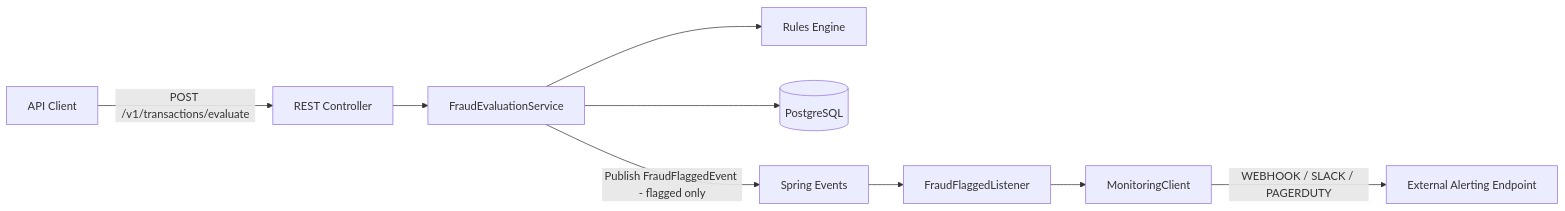
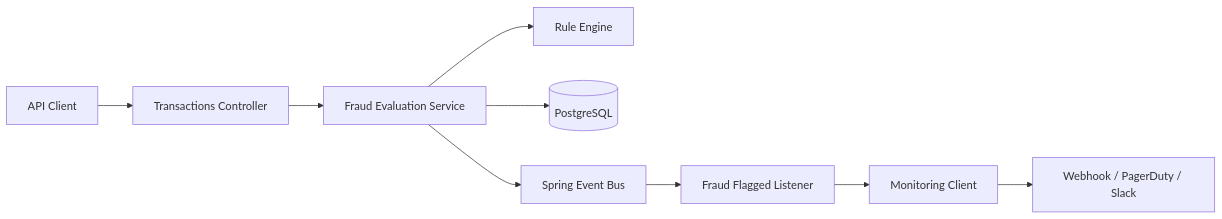
Before and after one commit to Verncy/fraud-rule-engine: the diagram in README.md, drawn with Mermaid. The commit also changed other lines of this file, not shown here.

````diff
--- a/README.md
+++ b/README.md
@@ -122,11 +122,21 @@
 ```mermaid
 flowchart LR
-    C[API Client] -->|POST /v1/transactions/evaluate| API[REST Controller]
-    API --> S[FraudEvaluationService]
-    S --> R[Rules Engine]
-    S --> DB[(PostgreSQL)]
-    S -->|Publish FraudFlaggedEvent - flagged only| EVT[Spring Events]
-    EVT --> L[FraudFlaggedListener]
-    L --> M[MonitoringClient]
-    M -->|WEBHOOK / SLACK / PAGERDUTY| EXT[External Alerting Endpoint]
+    Client --> API
+    API --> Service
+    Service --> Rules
+    Service --> DB
+    Service --> EventBus
+    EventBus --> Listener
+    Listener --> Monitoring
+    Monitoring --> External
+
+    Client[API Client]
+    API[Transactions Controller]
+    Service[Fraud Evaluation Service]
+    Rules[Rule Engine]
+    DB[(PostgreSQL)]
+    EventBus[Spring Event Bus]
+    Listener[Fraud Flagged Listener]
+    Monitoring[Monitoring Client]
+    External[Webhook / PagerDuty / Slack]
 ```
````
